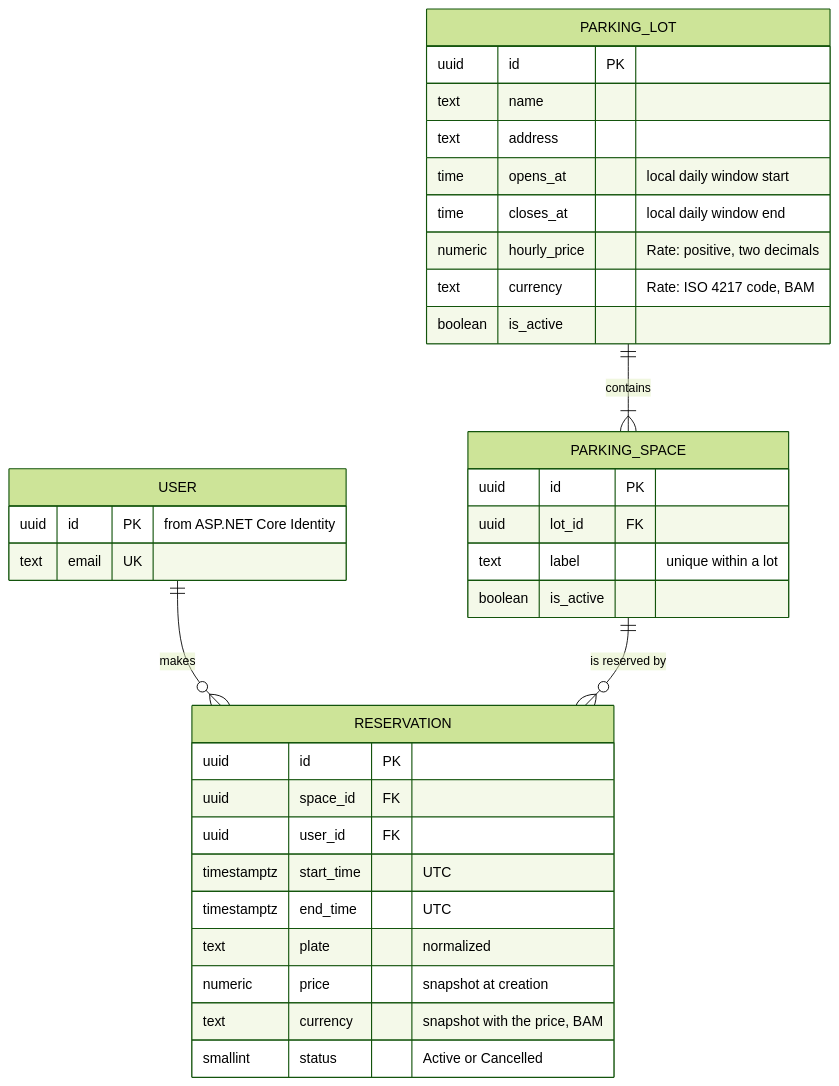
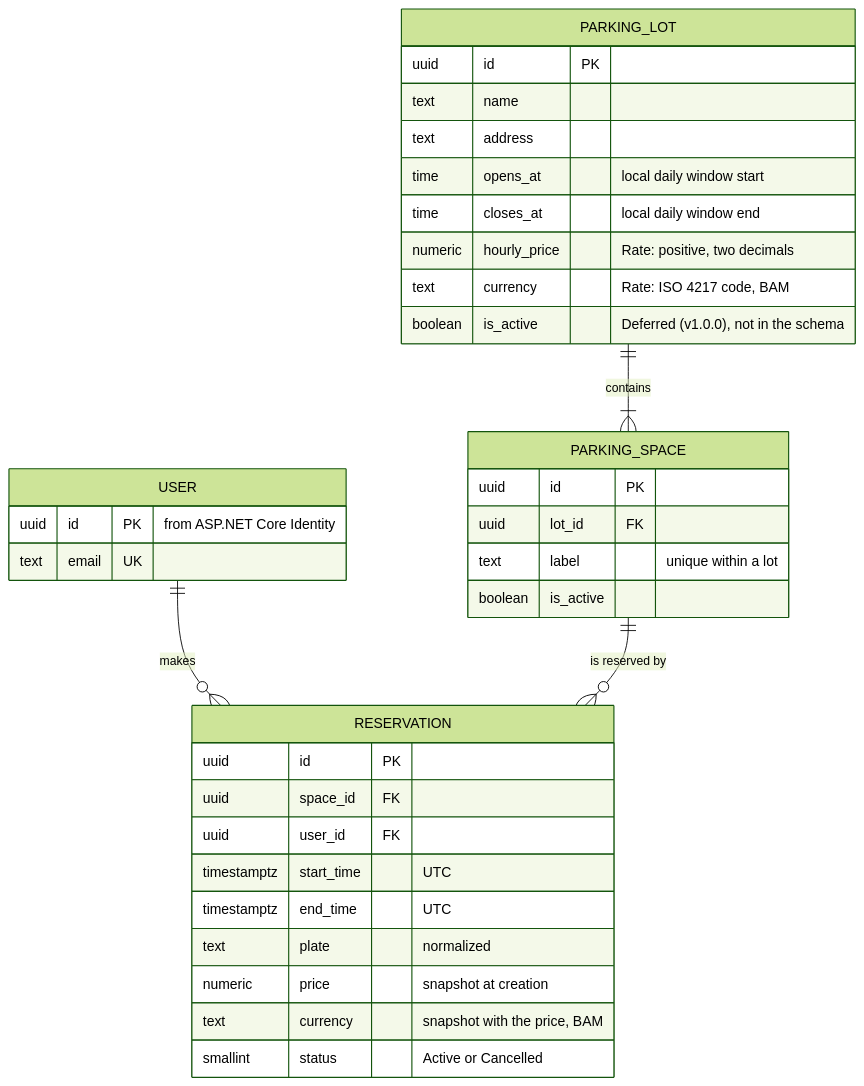
One commit to lalana32/citypark changed the diagram in docs/product-brief.md. Above: the diagram before and after it, drawn with Mermaid (forest theme). The commit also changed other lines of this file, not shown here.

````diff
--- a/docs/product-brief.md
+++ b/docs/product-brief.md
@@ -137,38 +138,38 @@
 ```mermaid
 erDiagram
     USER ||--o{ RESERVATION : makes
     PARKING_LOT ||--|{ PARKING_SPACE : contains
     PARKING_SPACE ||--o{ RESERVATION : "is reserved by"
 
     USER {
         uuid id PK "from ASP.NET Core Identity"
         text email UK
     }
     PARKING_LOT {
         uuid id PK
         text name
         text address
         time opens_at "local daily window start"
         time closes_at "local daily window end"
         numeric hourly_price "Rate: positive, two decimals"
         text currency "Rate: ISO 4217 code, BAM"
-        boolean is_active
+        boolean is_active "Deferred (v1.0.0), not in the schema"
     }
     PARKING_SPACE {
         uuid id PK
         uuid lot_id FK
         text label "unique within a lot"
         boolean is_active
     }
     RESERVATION {
         uuid id PK
         uuid space_id FK
         uuid user_id FK
         timestamptz start_time "UTC"
         timestamptz end_time "UTC"
         text plate "normalized"
         numeric price "snapshot at creation"
         text currency "snapshot with the price, BAM"
         smallint status "Active or Cancelled"
     }
 ```
````
